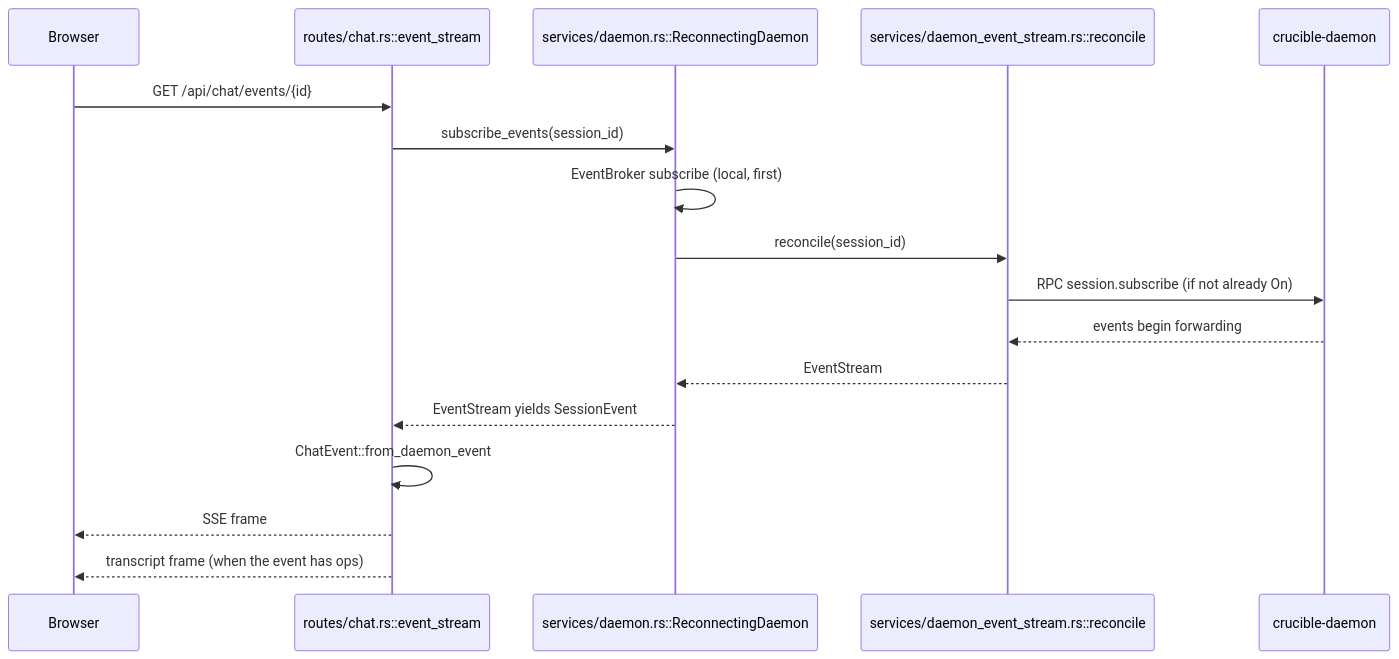
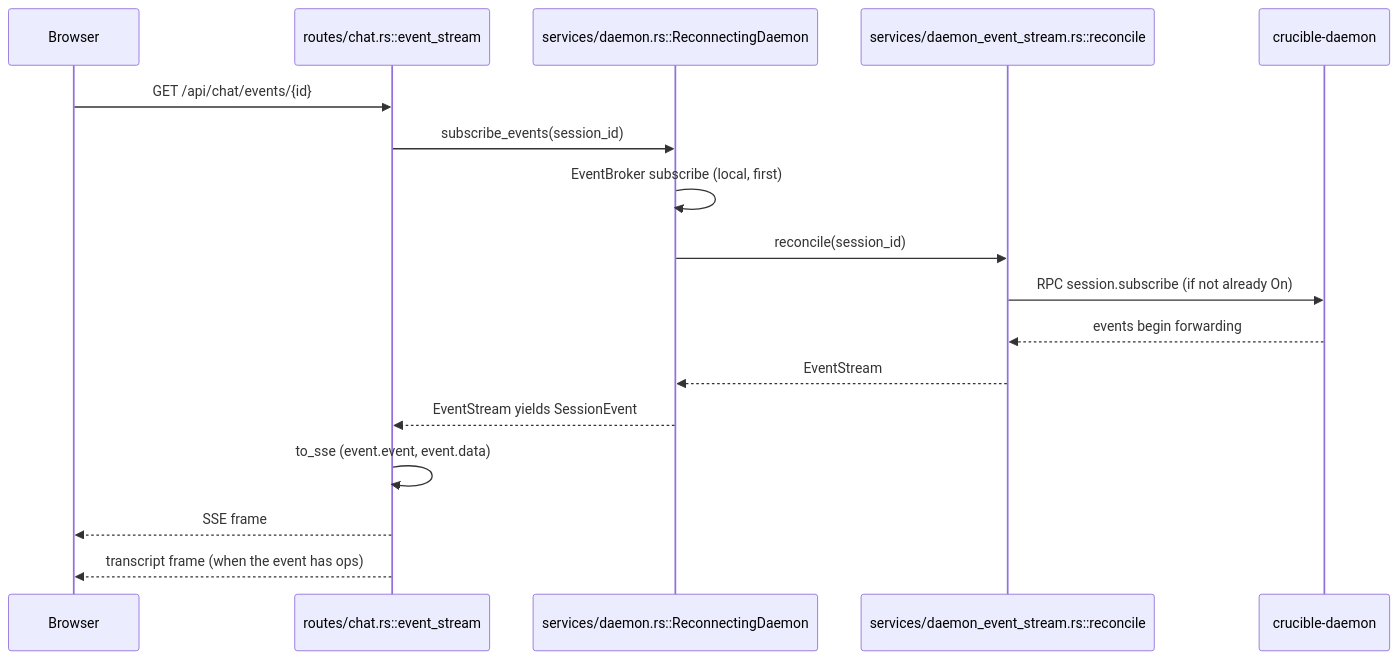
The diagram in docs/Meta/Architecture/Web Server.md (Mootikins/crucible), drawn with Mermaid before and after one commit. The commit also changed other lines of this file and 31 other files, not shown here.

First line of the commit message:
refactor(core): give ToSchema to session events and interaction types

````diff
--- a/docs/Meta/Architecture/Web Server.md
+++ b/docs/Meta/Architecture/Web Server.md
@@ -346,20 +349,20 @@
 ```mermaid
 sequenceDiagram
     participant Browser
     participant Route as routes/chat.rs::event_stream
     participant Reconnecting as services/daemon.rs::ReconnectingDaemon
     participant Interest as services/daemon_event_stream.rs::reconcile
     participant CoreDaemon as crucible-daemon
 
     Browser->>Route: GET /api/chat/events/{id}
     Route->>Reconnecting: subscribe_events(session_id)
     Reconnecting->>Reconnecting: EventBroker subscribe (local, first)
     Reconnecting->>Interest: reconcile(session_id)
     Interest->>CoreDaemon: RPC session.subscribe (if not already On)
     CoreDaemon-->>Interest: events begin forwarding
     Interest-->>Reconnecting: EventStream
     Reconnecting-->>Route: EventStream yields SessionEvent
-    Route->>Route: ChatEvent::from_daemon_event
+    Route->>Route: to_sse (event.event, event.data)
     Route-->>Browser: SSE frame
     Route-->>Browser: transcript frame (when the event has ops)
 ```
````
